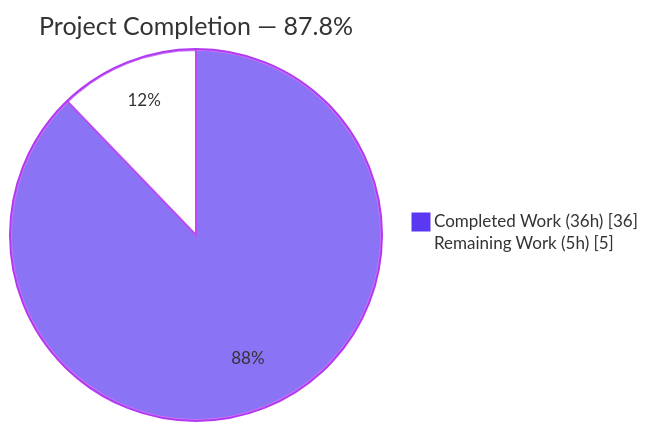
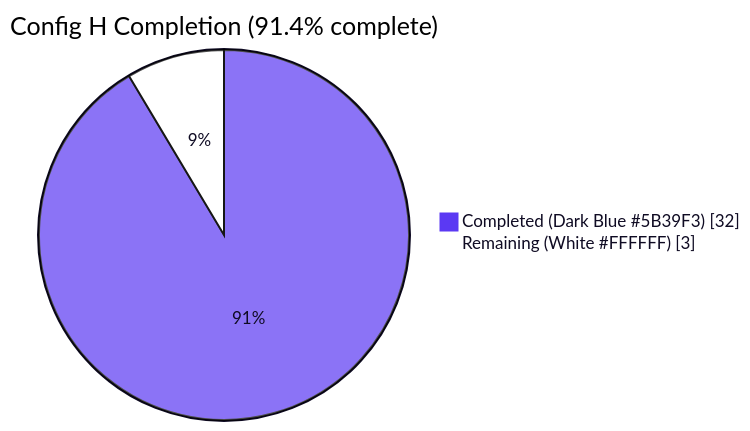
Before and after one commit to blitzy-public-samples/blitzy-tgr-dnsmasq-rust: the first of 3 diagrams in blitzy/documentation/Project Guide.md, drawn with Mermaid. The commit also changed other lines of this file, not shown here.

Commit message:
Adding Blitzy Project Guide: Project Status and Human Tasks Remaining

````diff
--- a/blitzy/documentation/Project Guide.md
+++ b/blitzy/documentation/Project Guide.md
@@ -11,6 +13,7 @@
 ```mermaid
-%%{init: {'theme':'base', 'themeVariables': {'pie1':'#5B39F3','pie2':'#FFFFFF','pieStrokeColor':'#B23AF2','pieOuterStrokeColor':'#B23AF2'}}}%%
-pie showData title Project Completion — 87.8%
-    "Completed Work (36h)" : 36
-    "Remaining Work (5h)" : 5
+%%{init: {'pie': {'textPosition': 0.5}, 'themeVariables': {'pie1': '#5B39F3', 'pie2': '#FFFFFF', 'pieOuterStrokeColor': '#0F0B23', 'pieStrokeWidth': '2', 'pieSectionTextColor': '#0F0B23', 'pieLegendTextColor': '#0F0B23'}}}%%
+pie showData
+    title Config H Completion (91.4% complete)
+    "Completed (Dark Blue #5B39F3)" : 32
+    "Remaining (White #FFFFFF)" : 3
 ```
````
